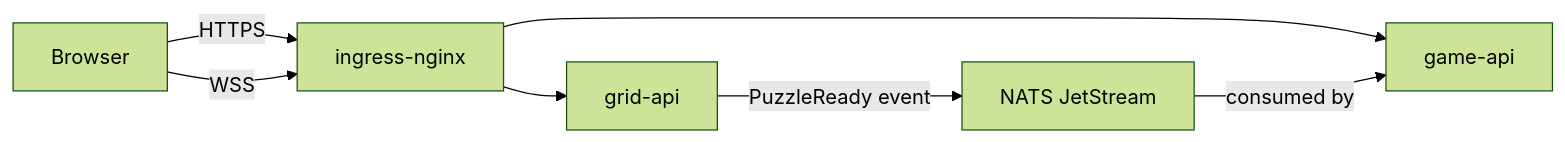
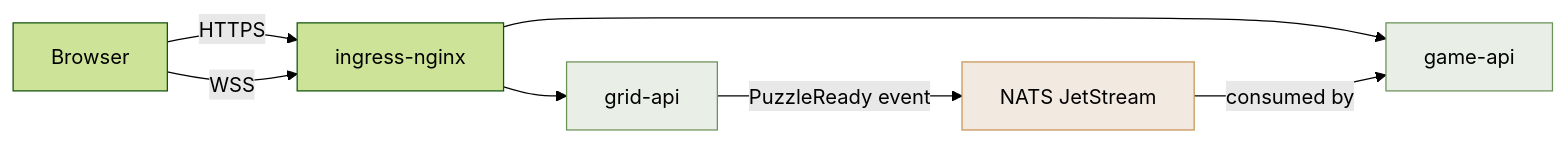
One commit to Ishou/wordsparrow changed the third of 5 diagrams in README.md. Above: the diagram before and after it, drawn with Mermaid (forest theme). The commit also changed other lines of this file and 1 other file, not shown here.

Commit message:
chore(infra-diagrams): regenerate styled README diagrams

````diff
--- a/README.md
+++ b/README.md
@@ -125,14 +137,18 @@
 ```mermaid
 flowchart LR
   browser["Browser"]
   ingress["ingress-nginx"]
   grid["grid-api"]
   game["game-api"]
   nats["NATS JetStream"]
   browser -->|HTTPS| ingress
   browser -->|WSS| ingress
   ingress --> grid
   ingress --> game
   grid -->|PuzzleReady event| nats
   nats -->|consumed by| game
+  classDef context fill:#6a935826,stroke:#6a9358;
+  classDef messaging fill:#a8753826,stroke:#c89456;
+  class grid,game context;
+  class nats messaging;
 ```
````
